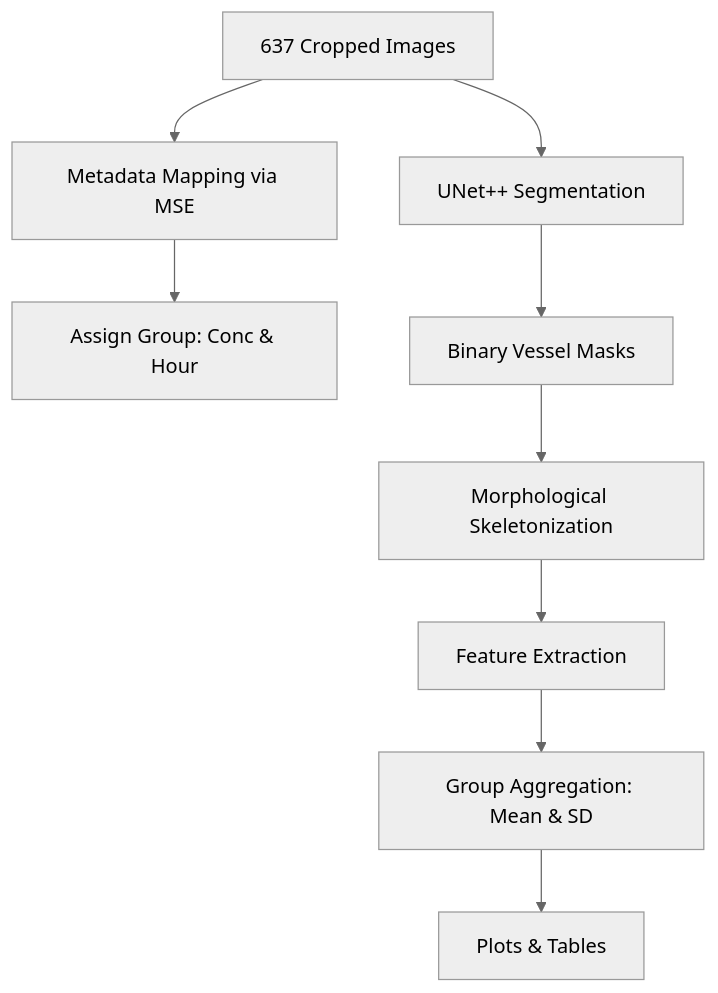
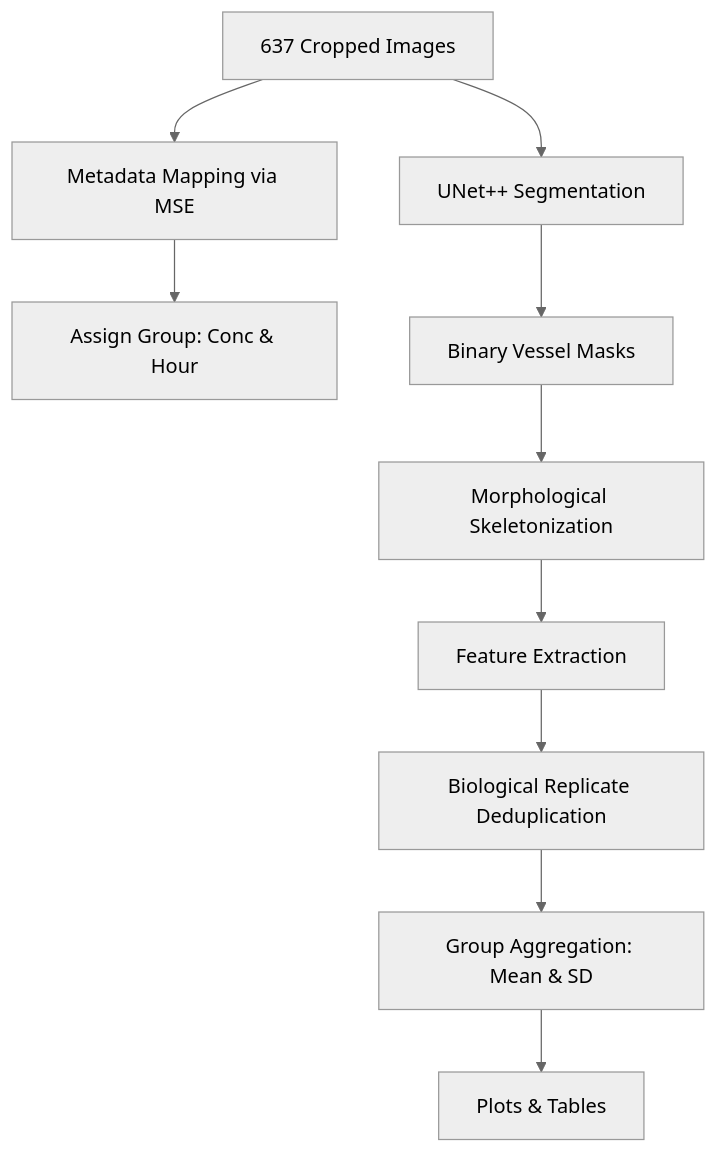
Before and after one commit to codeninjartr/angio: the diagram in outputs/growth_analysis_committee_guide.md, drawn with Mermaid (neutral theme). The commit also changed other lines of this file and 4 other files, not shown here.

Commit message:
Reframed CAM assay experimental results and conclusions through the tumor angiogenesis and cancer biology lens, updated data tables with correct biological-replicate deduplicated values, and updated generated Thesis PDF and committee guide.

````diff
--- a/outputs/growth_analysis_committee_guide.md
+++ b/outputs/growth_analysis_committee_guide.md
@@ -20,11 +20,12 @@
 ```mermaid
 graph TD
     A[637 Cropped Images] --> B[Metadata Mapping via MSE]
     B --> C[Assign Group: Conc & Hour]
     A --> D[UNet++ Segmentation]
     D --> E[Binary Vessel Masks]
     E --> F[Morphological Skeletonization]
     F --> G[Feature Extraction]
-    G --> H[Group Aggregation: Mean & SD]
-    H --> I[Plots & Tables]
+    G --> H[Biological Replicate Deduplication]
+    H --> I[Group Aggregation: Mean & SD]
+    I --> J[Plots & Tables]
 ```
````
